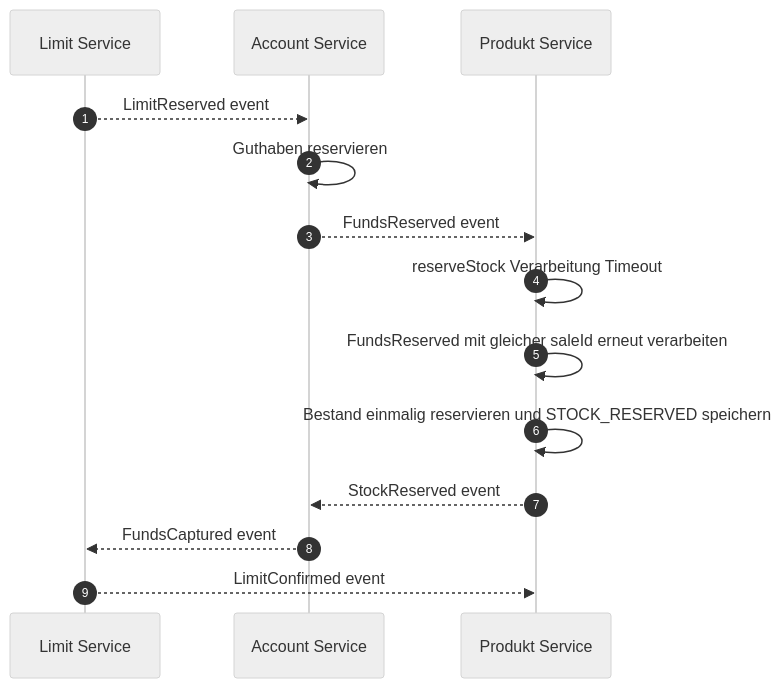
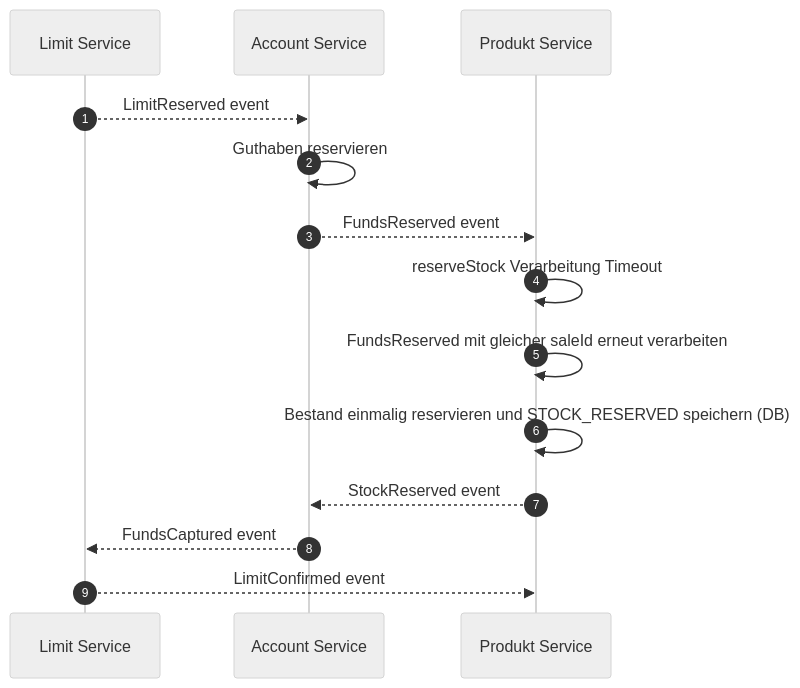
Before and after one commit to Adrian-Hansen-dev/second-hand-ticket-app: diagram 22 of 29 in project-2/abgabe_projekt_2.md, drawn with Mermaid (neutral theme). The commit also changed other lines of this file, not shown here.

First line of the commit message:
Projekt 2: Persistenz und Recovery ergänzt

````diff
--- a/project-2/abgabe_projekt_2.md
+++ b/project-2/abgabe_projekt_2.md
@@ -683,17 +706,17 @@
 ```mermaid
 sequenceDiagram
     autonumber
     participant LS as Limit Service
     participant AS as Account Service
     participant PS as Produkt Service
 
     LS-->>AS: LimitReserved event
     AS->>AS: Guthaben reservieren
     AS-->>PS: FundsReserved event
     PS->>PS: reserveStock Verarbeitung Timeout
     PS->>PS: FundsReserved mit gleicher saleId erneut verarbeiten
-    PS->>PS: Bestand einmalig reservieren und STOCK_RESERVED speichern
+    PS->>PS: Bestand einmalig reservieren und STOCK_RESERVED speichern (DB)
     PS-->>AS: StockReserved event
     AS-->>LS: FundsCaptured event
     LS-->>PS: LimitConfirmed event
 ```
````
